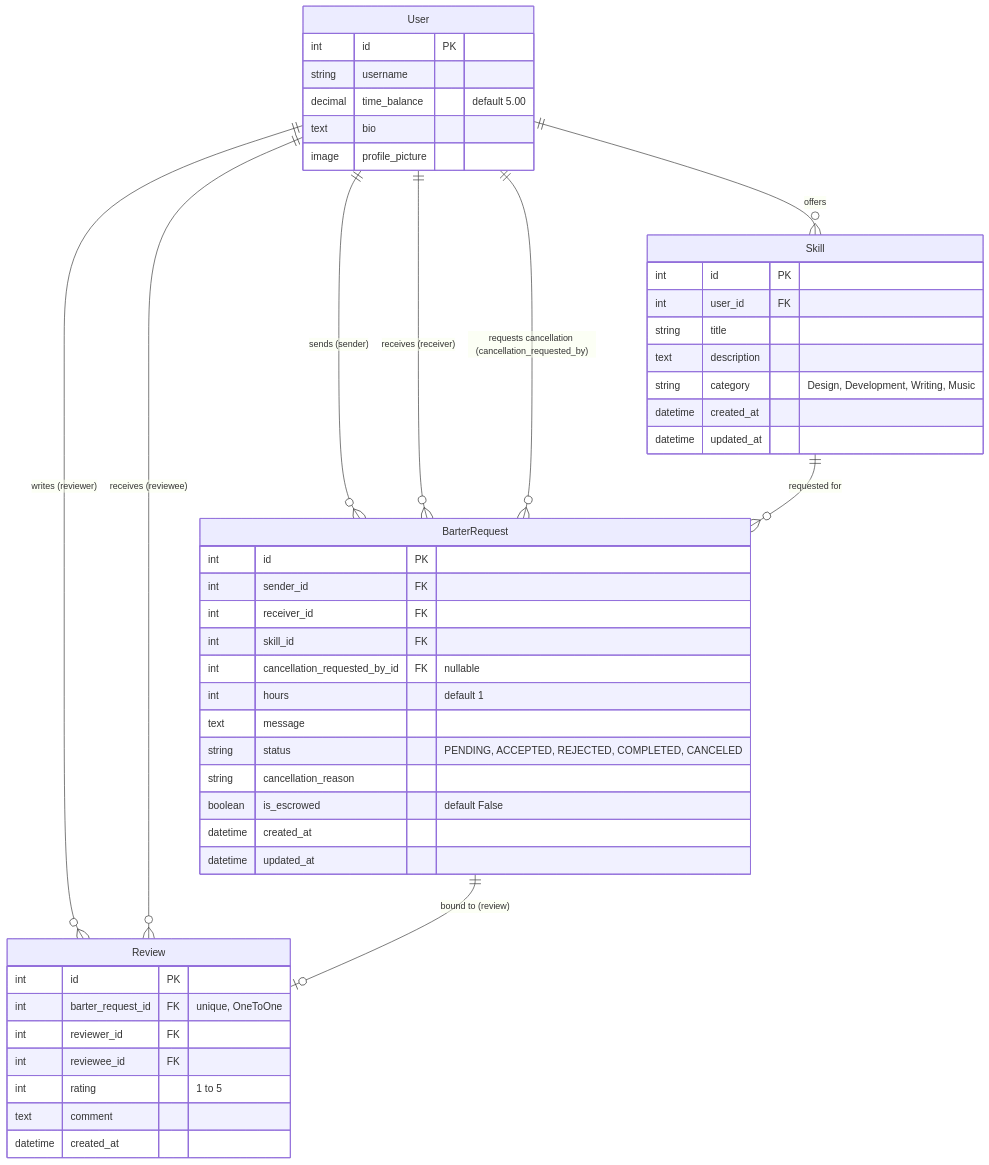
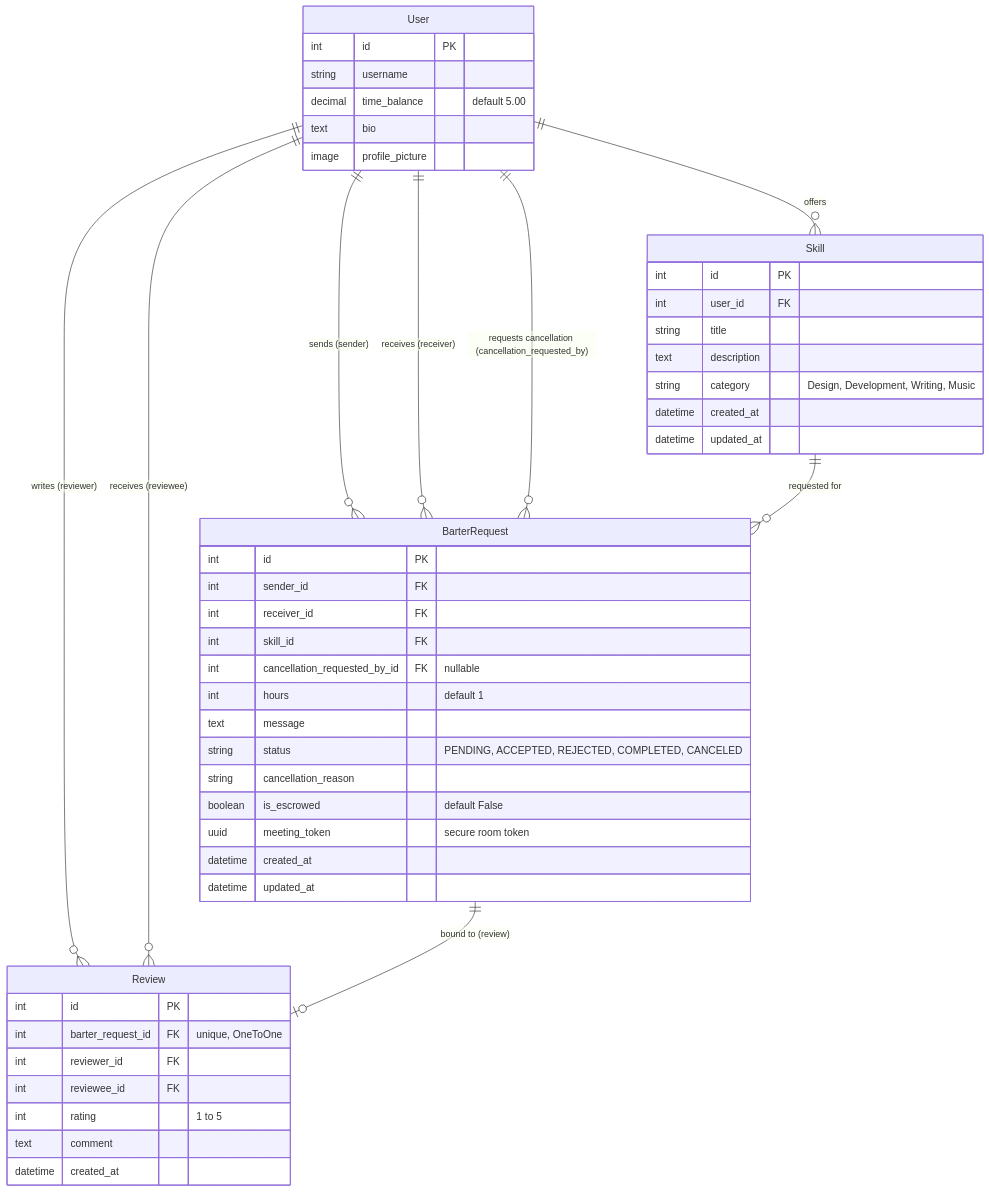
The first of 2 diagrams in project_analysis_report.md (Tusarkanta-07/hourx), drawn with Mermaid before and after one commit. The commit also changed other lines of this file and 4 other files, not shown here.

Commit message:
Secure Jitsi Rooms: Replace deterministic room names with cryptographically secure UUIDv4 tokens

````diff
--- a/project_analysis_report.md
+++ b/project_analysis_report.md
@@ -76,54 +76,55 @@
 ```mermaid
 erDiagram
     User ||--o{ Skill : "offers"
     User ||--o{ BarterRequest : "sends (sender)"
     User ||--o{ BarterRequest : "receives (receiver)"
     User ||--o{ BarterRequest : "requests cancellation (cancellation_requested_by)"
     User ||--o{ Review : "writes (reviewer)"
     User ||--o{ Review : "receives (reviewee)"
     BarterRequest ||--o| Review : "bound to (review)"
     Skill ||--o{ BarterRequest : "requested for"
 
     User {
         int id PK
         string username
         decimal time_balance "default 5.00"
         text bio
         image profile_picture
     }
 
     Skill {
         int id PK
         int user_id FK
         string title
         text description
         string category "Design, Development, Writing, Music"
         datetime created_at
         datetime updated_at
     }
 
     BarterRequest {
         int id PK
         int sender_id FK
         int receiver_id FK
         int skill_id FK
         int cancellation_requested_by_id FK "nullable"
         int hours "default 1"
         text message
         string status "PENDING, ACCEPTED, REJECTED, COMPLETED, CANCELED"
         string cancellation_reason
         boolean is_escrowed "default False"
+        uuid meeting_token "secure room token"
         datetime created_at
         datetime updated_at
     }
 
     Review {
         int id PK
         int barter_request_id FK "unique, OneToOne"
         int reviewer_id FK
         int reviewee_id FK
         int rating "1 to 5"
         text comment
         datetime created_at
     }
 ```
````
